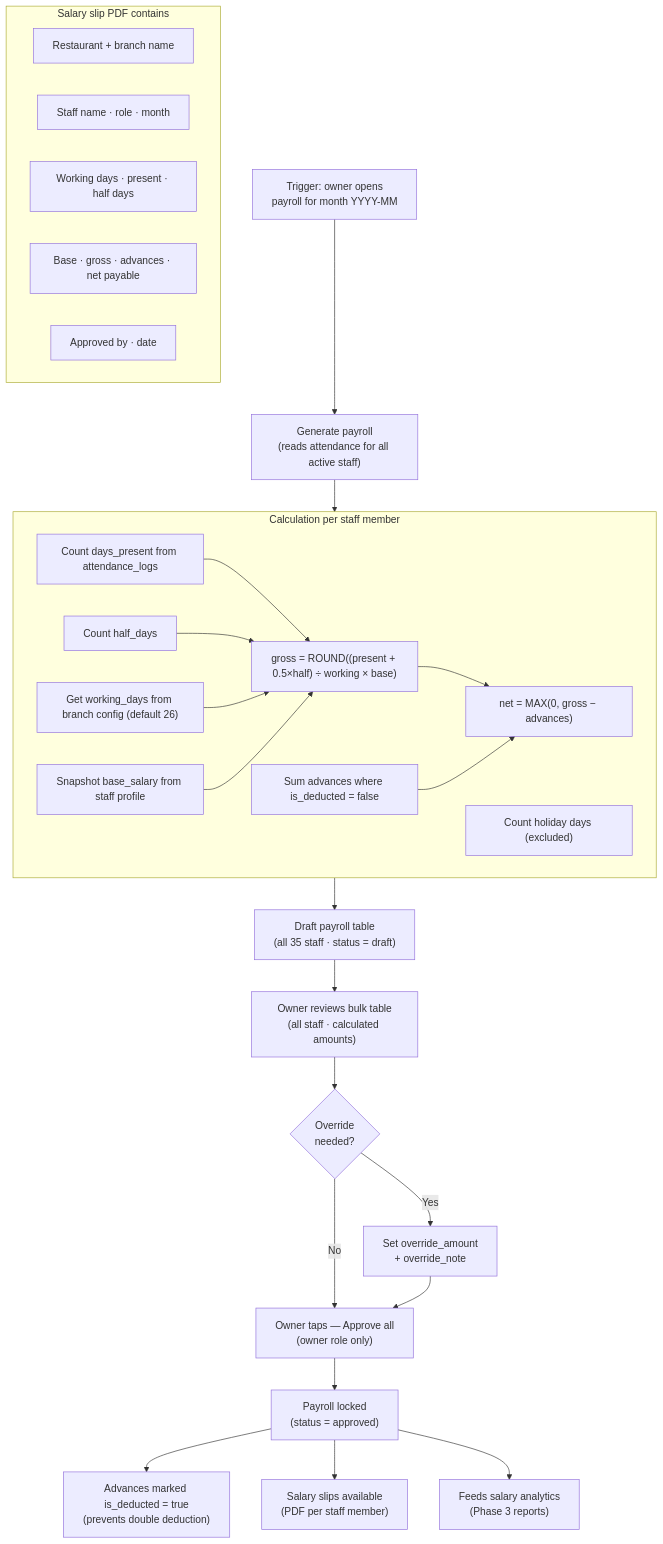
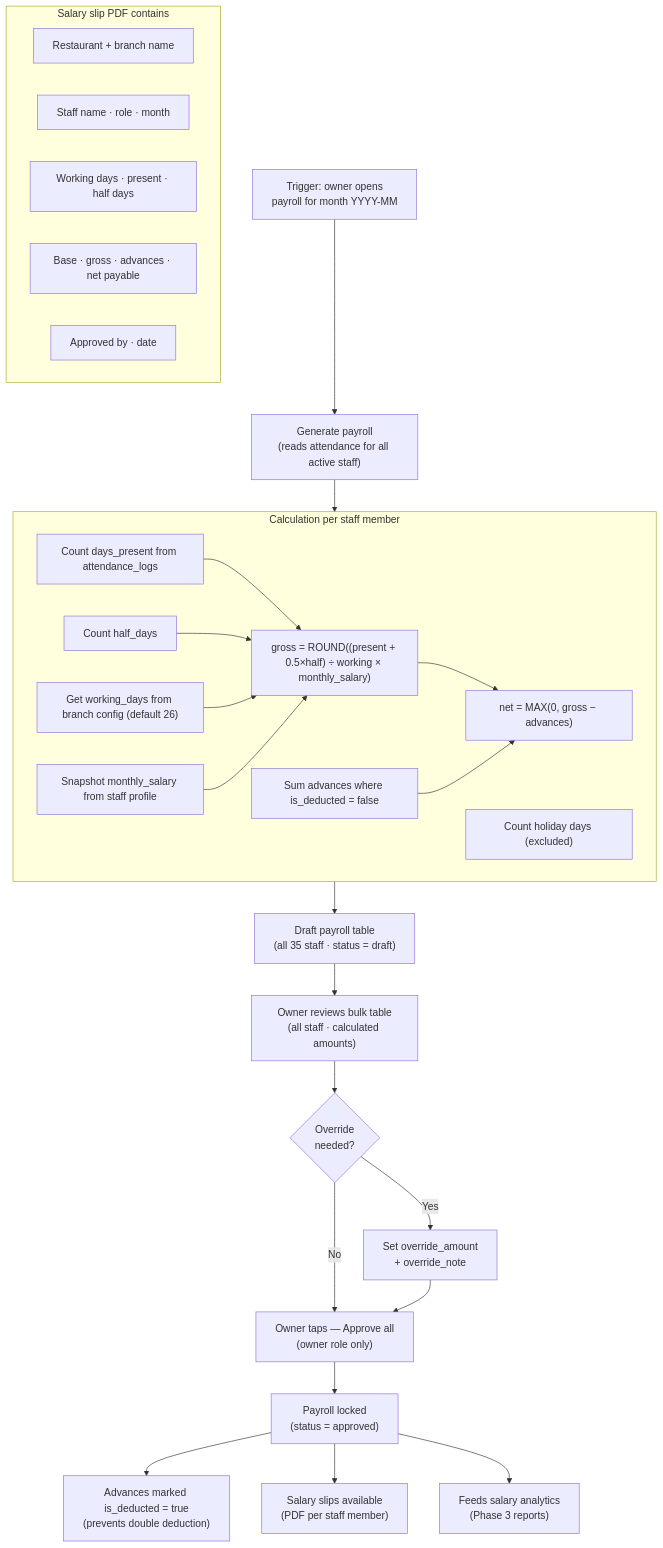
The sixth of 14 diagrams in Documentations/MODULE-MAPS.md (AbhishekS-381/Sree-Vaishnaves-Management), drawn with Mermaid before and after one commit. The commit also changed other lines of this file and 16 other files, not shown here.

Commit message:
docs: Update documentation terminology and architecture stack to Next.js App Router

````diff
--- a/Documentations/MODULE-MAPS.md
+++ b/Documentations/MODULE-MAPS.md
@@ -286,46 +286,46 @@
 ```mermaid
 flowchart TD
   TRIG["Trigger: owner opens\npayroll for month YYYY-MM"]
 
   TRIG --> GEN["Generate payroll\n(reads attendance for all active staff)"]
 
   subgraph CALC["Calculation per staff member"]
     C1["Count days_present from attendance_logs"]
     C2["Count half_days"]
     C3["Count holiday days (excluded)"]
     C4["Get working_days from branch config (default 26)"]
-    C5["Snapshot base_salary from staff profile"]
+    C5["Snapshot monthly_salary from staff profile"]
     C6["Sum advances where is_deducted = false"]
-    C7["gross = ROUND((present + 0.5×half) ÷ working × base)"]
+    C7["gross = ROUND((present + 0.5×half) ÷ working × monthly_salary)"]
     C8["net = MAX(0, gross − advances)"]
     C1 --> C7
     C2 --> C7
     C4 --> C7
     C5 --> C7
     C7 --> C8
     C6 --> C8
   end
 
   GEN --> CALC
   CALC --> DRAFT["Draft payroll table\n(all 35 staff · status = draft)"]
 
   DRAFT --> REVIEW["Owner reviews bulk table\n(all staff · calculated amounts)"]
   REVIEW --> OVERRIDE{"Override\nneeded?"}
   OVERRIDE -->|Yes| OVR["Set override_amount\n+ override_note"]
   OVERRIDE -->|No| APPROVE
   OVR --> APPROVE
 
   APPROVE["Owner taps — Approve all\n(owner role only)"]
   APPROVE --> LOCK["Payroll locked\n(status = approved)"]
   LOCK --> DEDUCT["Advances marked is_deducted = true\n(prevents double deduction)"]
   LOCK --> SLIPS["Salary slips available\n(PDF per staff member)"]
   LOCK --> ANALYTICS["Feeds salary analytics\n(Phase 3 reports)"]
 
   subgraph SLIP_CONTENT["Salary slip PDF contains"]
     SL1["Restaurant + branch name"]
     SL2["Staff name · role · month"]
     SL3["Working days · present · half days"]
     SL4["Base · gross · advances · net payable"]
     SL5["Approved by · date"]
   end
 ```
````
